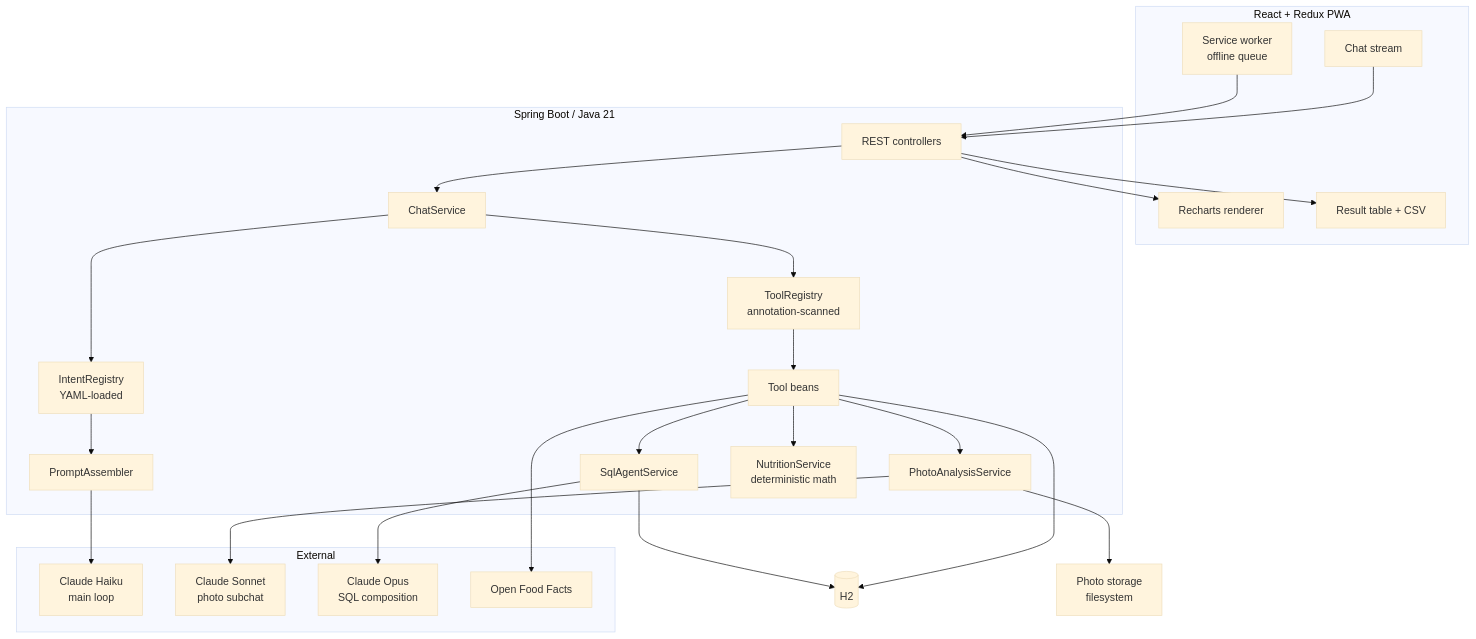
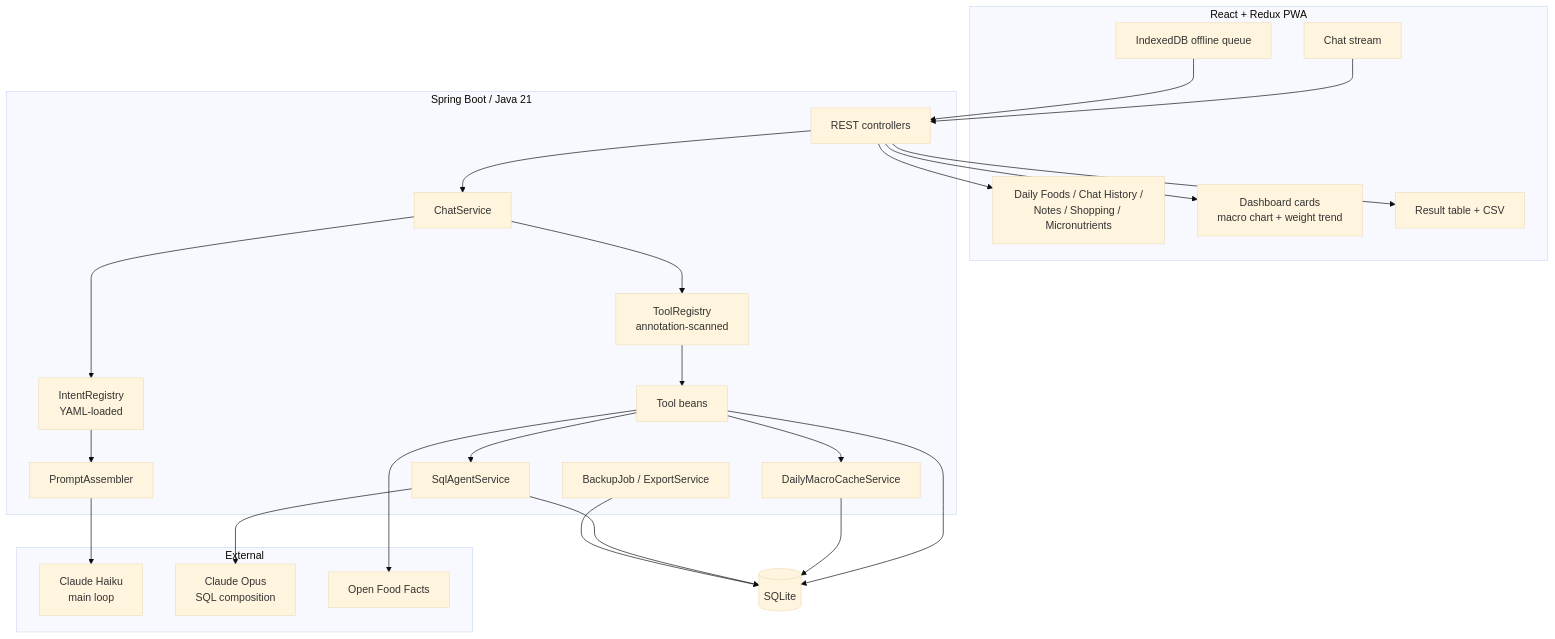
Before and after one commit to rodmxw11/chat-diet-open: the first of 6 diagrams in SPEC.md, drawn with Mermaid (base theme). The commit also changed other lines of this file, not shown here.

````diff
--- a/SPEC.md
+++ b/SPEC.md
@@ -68,51 +71,50 @@
 ```mermaid
 graph TB
     subgraph Client["React + Redux PWA"]
         Chat[Chat stream]
-        SW[Service worker<br/>offline queue]
-        Charts[Recharts renderer]
+        Pages[Daily Foods / Chat History /<br/>Notes / Shopping / Micronutrients]
+        Dashboard[Dashboard cards<br/>macro chart + weight trend]
+        Queue[IndexedDB offline queue]
         Tables[Result table + CSV]
     end
 
     subgraph Backend["Spring Boot / Java 21"]
         API[REST controllers]
         CS[ChatService]
         IR[IntentRegistry<br/>YAML-loaded]
         PA[PromptAssembler]
         TR[ToolRegistry<br/>annotation-scanned]
         Tools[Tool beans]
-        Photo[PhotoAnalysisService]
+        Cache[DailyMacroCacheService]
         SQL[SqlAgentService]
-        Nutri[NutritionService<br/>deterministic math]
+        Backup[BackupJob / ExportService]
     end
 
     subgraph External["External"]
         Haiku[Claude Haiku<br/>main loop]
-        Sonnet[Claude Sonnet<br/>photo subchat]
         Opus[Claude Opus<br/>SQL composition]
         OFF[Open Food Facts]
     end
 
-    DB[(H2)]
-    FS[Photo storage<br/>filesystem]
+    DB[(SQLite)]
 
     Chat --> API
-    SW --> API
+    Queue --> API
     API --> CS
     CS --> IR
     IR --> PA
     PA --> Haiku
     CS --> TR
     TR --> Tools
     Tools --> DB
-    Tools --> Nutri
+    Tools --> Cache
+    Cache --> DB
     Tools --> OFF
-    Tools --> Photo
-    Photo --> Sonnet
-    Photo --> FS
     Tools --> SQL
     SQL --> Opus
     SQL --> DB
-    API --> Charts
+    Backup --> DB
+    API --> Pages
+    API --> Dashboard
     API --> Tables
 ```
````
